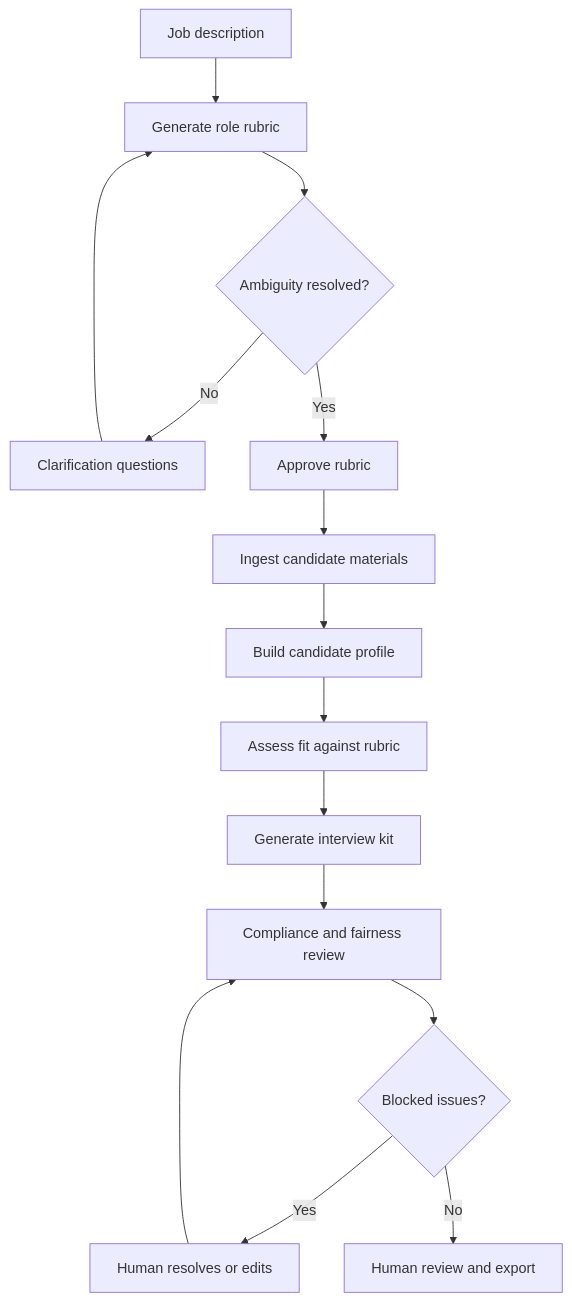
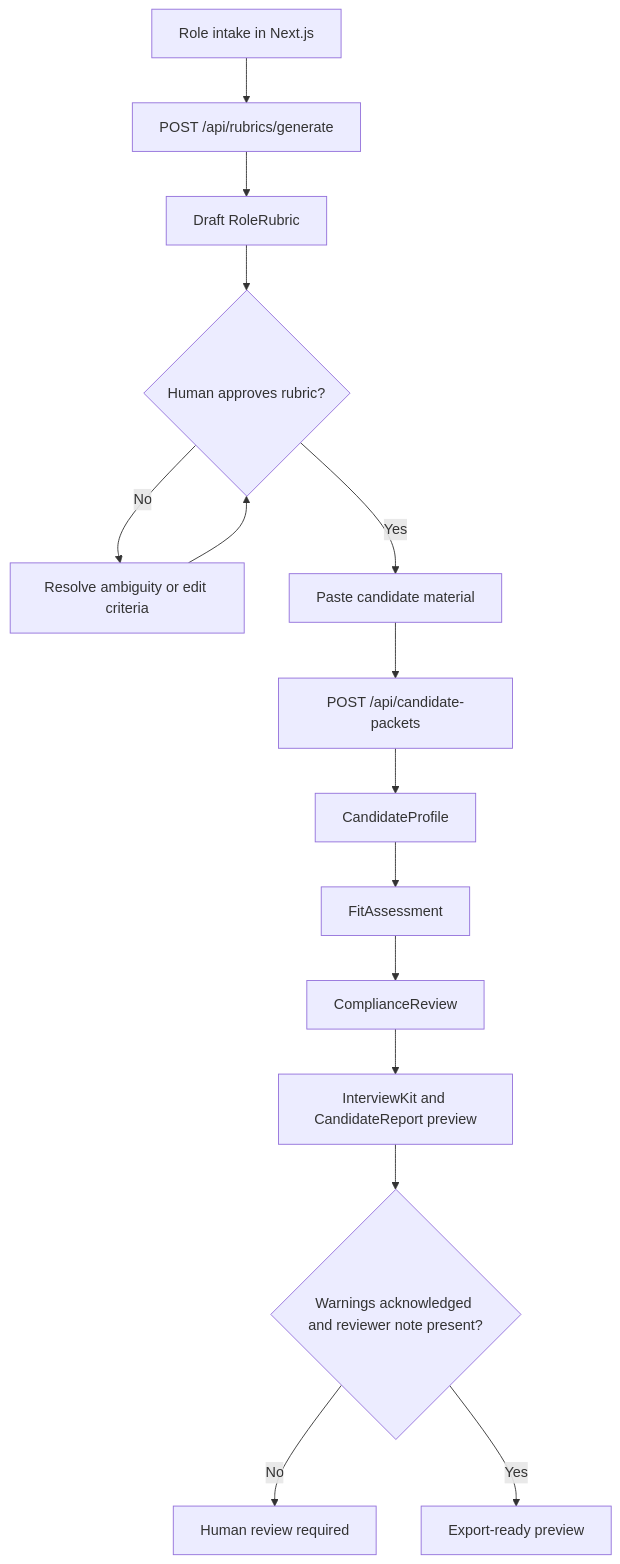
The diagram in README.md (bhendon-soares/aamad-recruiment-assistant), drawn with Mermaid before and after one commit. The commit also changed other lines of this file and 5 other files, not shown here.

````diff
--- a/README.md
+++ b/README.md
@@ -58,17 +109,17 @@
 ```mermaid
 flowchart TD
-  A[Job description] --> B[Generate role rubric]
-  B --> C{Ambiguity resolved?}
-  C -- No --> D[Clarification questions]
-  D --> B
-  C -- Yes --> E[Approve rubric]
-  E --> F[Ingest candidate materials]
-  F --> G[Build candidate profile]
-  G --> H[Assess fit against rubric]
-  H --> I[Generate interview kit]
-  I --> J[Compliance and fairness review]
-  J --> K{Blocked issues?}
-  K -- Yes --> L[Human resolves or edits]
-  L --> J
-  K -- No --> M[Human review and export]
+  A[Role intake in Next.js] --> B[POST /api/rubrics/generate]
+  B --> C[Draft RoleRubric]
+  C --> D{Human approves rubric?}
+  D -- No --> E[Resolve ambiguity or edit criteria]
+  E --> D
+  D -- Yes --> F[Paste candidate material]
+  F --> G[POST /api/candidate-packets]
+  G --> H[CandidateProfile]
+  H --> I[FitAssessment]
+  I --> J[ComplianceReview]
+  J --> K[InterviewKit and CandidateReport preview]
+  K --> L{Warnings acknowledged and reviewer note present?}
+  L -- No --> M[Human review required]
+  L -- Yes --> N[Export-ready preview]
 ```
````
